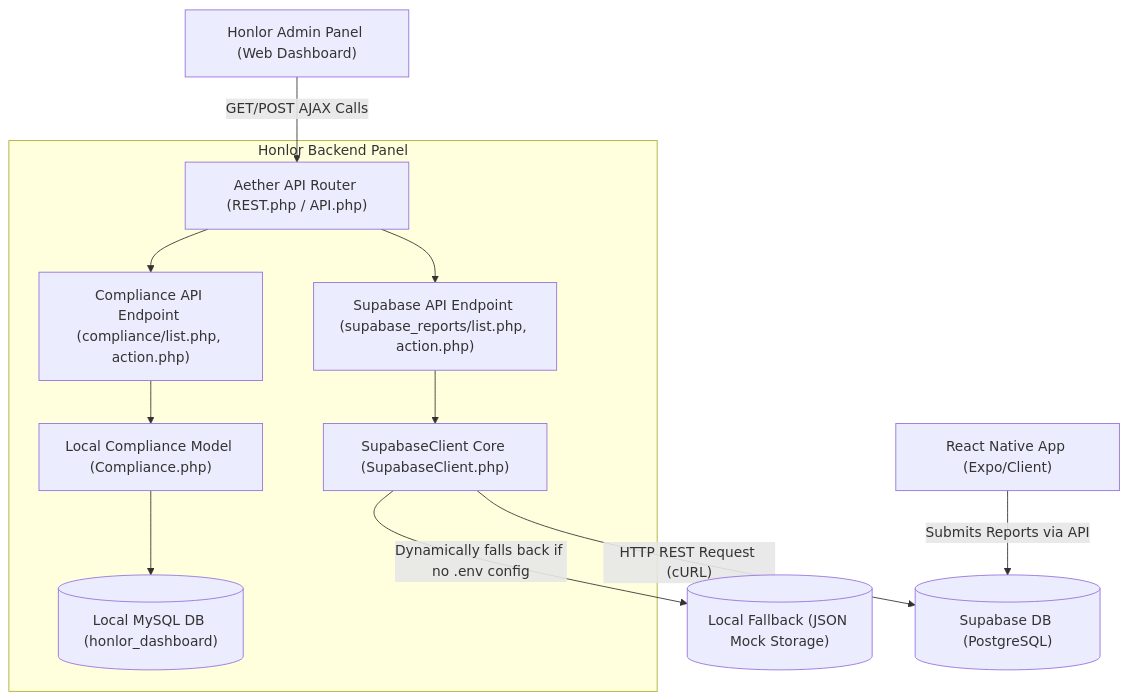
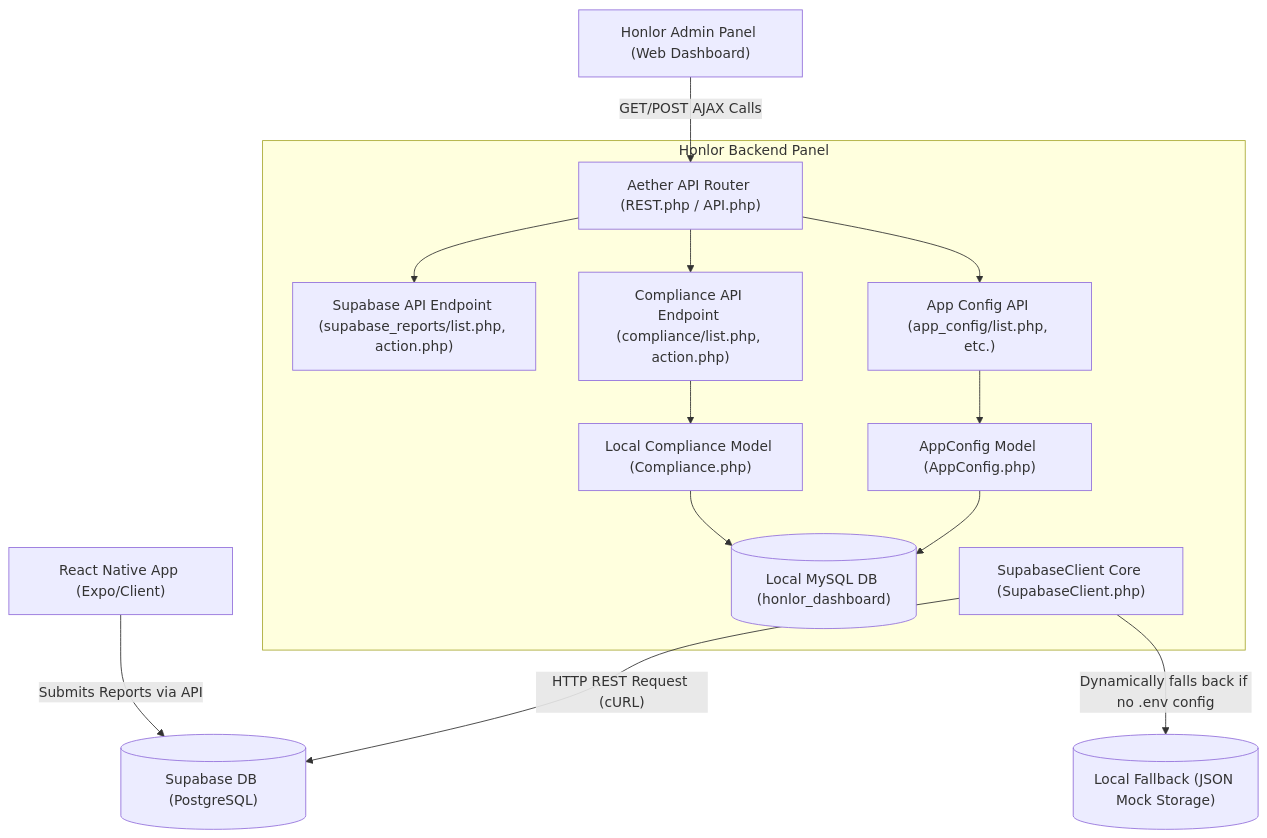
The diagram in ARCHITECTURE_DIAGRAM.mmd (sakilobm/honlor-backend-panel), drawn with Mermaid before and after one commit. The commit also changed other lines of this file and 14 other files, not shown here.

Commit message:
feat: add app version control system with full CRUD API and database schema

```diff
--- a/ARCHITECTURE_DIAGRAM.mmd
+++ b/ARCHITECTURE_DIAGRAM.mmd
@@ -1,36 +1,42 @@
 graph TD
     %% Nodes & Client Apps
     RNApp["React Native App (Expo/Client)"]
     AdminPanel["Honlor Admin Panel (Web Dashboard)"]
 
     %% Databases & Storage
     SupabaseDB[("Supabase DB (PostgreSQL)")]
     LocalMockDB[("Local Fallback (JSON Mock Storage)")]
     LocalMySQL[("Local MySQL DB (honlor_dashboard)")]
 
     %% Backend Controllers (PHP API Engine)
     subgraph Honlor Backend Panel
         Router["Aether API Router (REST.php / API.php)"]
         SBApi["Supabase API Endpoint (supabase_reports/list.php, action.php)"]
         SBC["SupabaseClient Core (SupabaseClient.php)"]
         
         LocalApi["Compliance API Endpoint (compliance/list.php, action.php)"]
         LocalModel["Local Compliance Model (Compliance.php)"]
         
         Router --> SBApi
         Router --> LocalApi
         
-        SBApi --> SBC
         LocalApi --> LocalModel
         
+        AppConfigApi["App Config API (app_config/list.php, etc.)"]
+        AppConfigModel["AppConfig Model (AppConfig.php)"]
+        
+        Router --> AppConfigApi
+        AppConfigApi --> AppConfigModel
+        
         LocalModel --> LocalMySQL
+        AppConfigModel --> LocalMySQL
     end
 
     %% Client and Database Interactions
     RNApp -- "Submits Reports via API" --> SupabaseDB
     
     SBC -- "HTTP REST Request (cURL)" --> SupabaseDB
     SBC -- "Dynamically falls back if no .env config" --> LocalMockDB
 
     %% Dashboard Interactions
     AdminPanel -- "GET/POST AJAX Calls" --> Router
```
